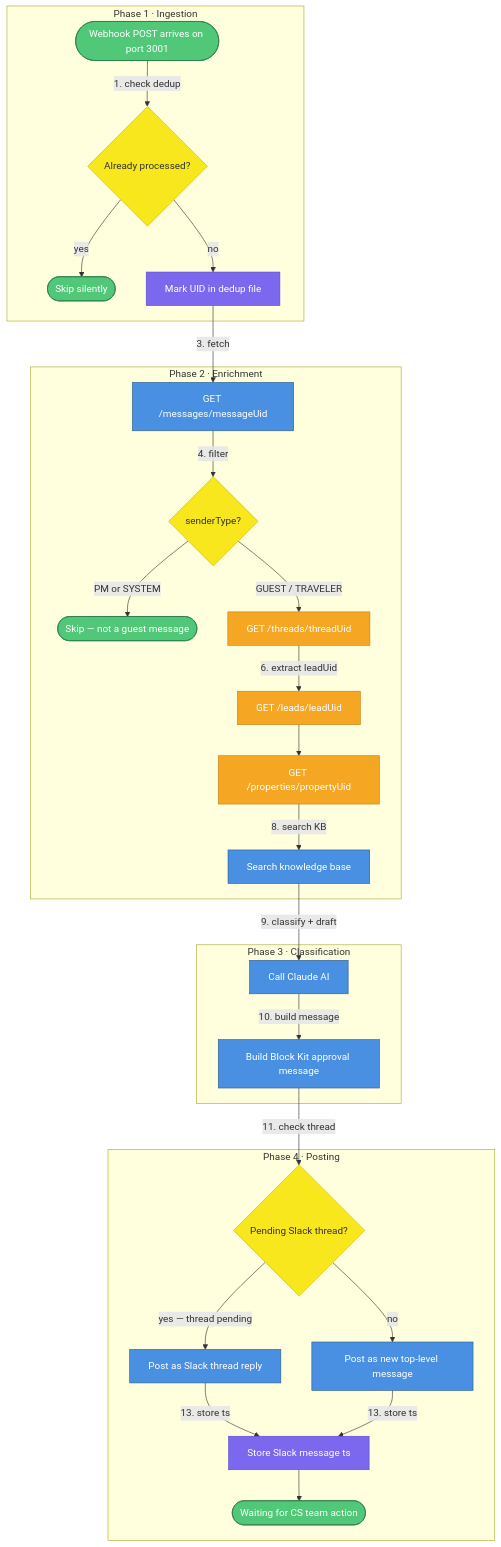
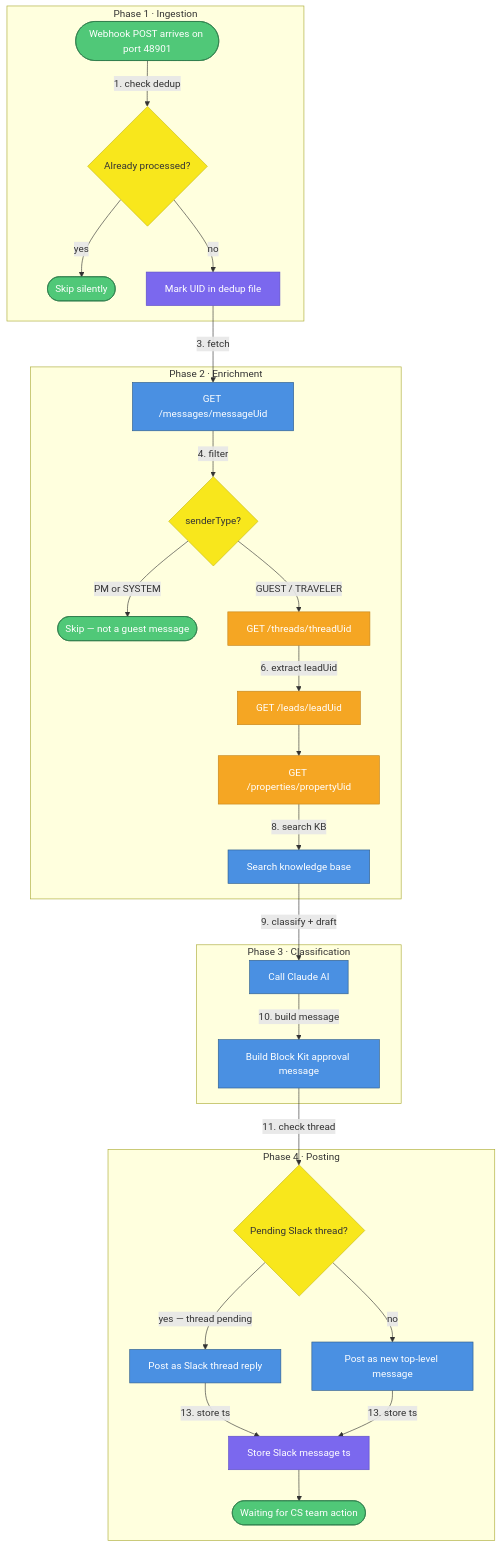
One commit to viiqswim/vlre-ai-employee changed the fifth of 11 diagrams in docs/2026-03-18-1312-architecture.md. Above: the diagram before and after it, drawn with Mermaid. The commit also changed other lines of this file and 6 other files, not shown here.

Commit message:
fix: change webhook port from 3001 to 48901

````diff
--- a/docs/2026-03-18-1312-architecture.md
+++ b/docs/2026-03-18-1312-architecture.md
@@ -236,64 +236,64 @@
 ```mermaid
 flowchart TD
 
     subgraph Ingestion["Phase 1 · Ingestion"]
-        W([Webhook POST arrives on port 3001])
+        W([Webhook POST arrives on port 48901])
         D{Already processed?}
         SKIP([Skip silently])
         MARK[Mark UID in dedup file]
         W -->|"1. check dedup"| D
         D -->|"yes"| SKIP
         D -->|"no"| MARK
     end
 
     subgraph Enrichment["Phase 2 · Enrichment"]
         FM["GET /messages/messageUid"]
         FT{senderType?}
         SKIP2([Skip — not a guest message])
         TH["GET /threads/threadUid"]
         FL["GET /leads/leadUid"]
         FP["GET /properties/propertyUid"]
         KB[Search knowledge base]
         FM -->|"4. filter"| FT
         FT -->|"PM or SYSTEM"| SKIP2
         FT -->|"GUEST / TRAVELER"| TH
         TH -->|"6. extract leadUid"| FL
         FL --> FP
         FP -->|"8. search KB"| KB
     end
 
     subgraph Classification["Phase 3 · Classification"]
         CL[Call Claude AI]
         BK[Build Block Kit approval message]
         CL -->|"10. build message"| BK
     end
 
     subgraph Posting["Phase 4 · Posting"]
         TRK{Pending Slack thread?}
         REP[Post as Slack thread reply]
         NEW[Post as new top-level message]
         TRACK[Store Slack message ts]
         WAIT([Waiting for CS team action])
         TRK -->|"yes — thread pending"| REP
         TRK -->|"no"| NEW
         REP -->|"13. store ts"| TRACK
         NEW -->|"13. store ts"| TRACK
         TRACK --> WAIT
     end
 
     MARK -->|"3. fetch"| FM
     KB -->|"9. classify + draft"| CL
     BK -->|"11. check thread"| TRK
 
     classDef event fill:#50C878,stroke:#2D7A4A,color:#fff
     classDef decision fill:#F8E71C,stroke:#C7B916,color:#333
     classDef service fill:#4A90E2,stroke:#2E5C8A,color:#fff
     classDef storage fill:#7B68EE,stroke:#5B4BC7,color:#fff
     classDef external fill:#F5A623,stroke:#C4841A,color:#fff
 
     class W,SKIP,SKIP2,WAIT event
     class D,FT,TRK decision
     class FM,CL,BK,KB,REP,NEW service
     class MARK,TRACK storage
     class TH,FL,FP external
 ```
````
